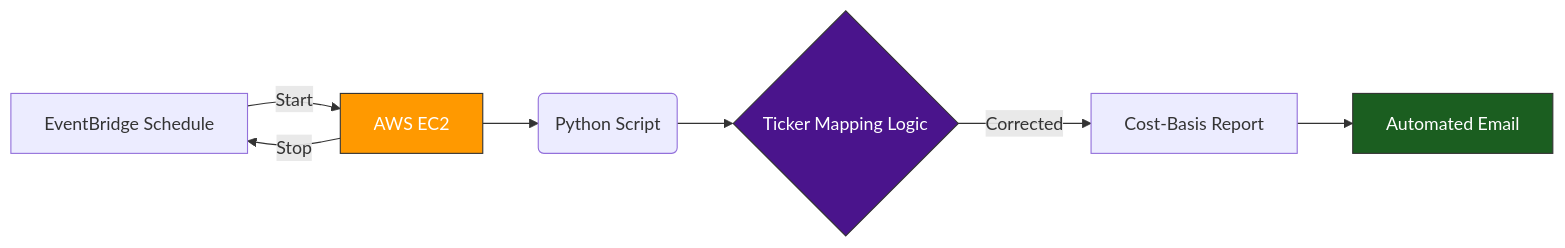
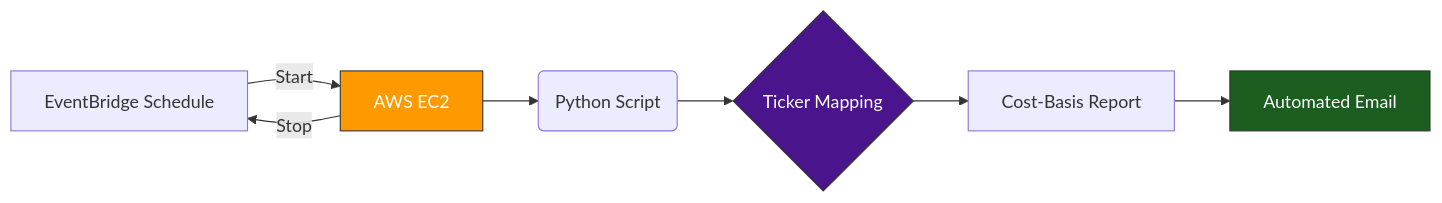
Before and after one commit to masabai/aws_eventbridge_tickers_service: the diagram in README.md, drawn with Mermaid. The commit also changed other lines of this file, not shown here.

````diff
--- a/README.md
+++ b/README.md
@@ -17,13 +17,13 @@
 ```mermaid
 graph LR
     A[EventBridge Schedule] -- Start --> B[AWS EC2]
     B --> C(Python Script)
-    C --> D{Ticker Mapping Logic}
-    D -->|Corrected| E[Cost-Basis Report]
+    C --> D{Ticker Mapping}
+    D -->E[Cost-Basis Report]
     E --> F[Automated Email]
     B -- Stop --> A
 
     style B fill:#f90,stroke:#333,color:#fff
     style D fill:#4a148c,stroke:#333,color:#fff
     style F fill:#1b5e20,stroke:#333,color:#fff
 ```
````
